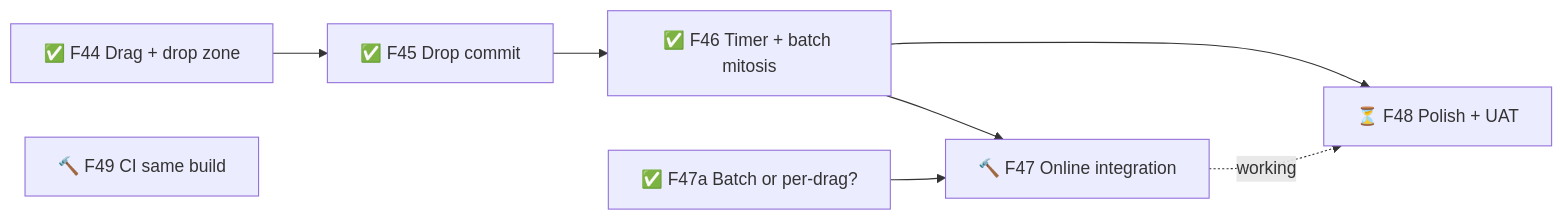
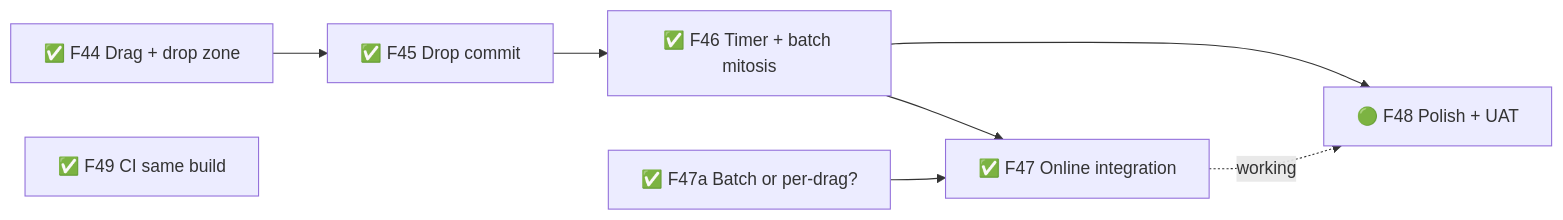
One commit to TheBlueMuzzy/roll-better changed the diagram in .planning/ROADMAP.md. Above: the diagram before and after it, drawn with Mermaid. The commit also changed other lines of this file and 14 other files, not shown here.

First line of the commit message:
Housekeeping: GDD + TDD on BMUZ-2 templates, VISION into roadmap, F47 approved

````diff
--- a/.planning/ROADMAP.md
+++ b/.planning/ROADMAP.md
@@ -30,10 +24,10 @@
 ```mermaid
 flowchart LR
   F44[✅ F44 Drag + drop zone] --> F45[✅ F45 Drop commit]
   F45 --> F46[✅ F46 Timer + batch mitosis]
-  F46 --> F47[🔨 F47 Online integration]
+  F46 --> F47[✅ F47 Online integration]
   F47a[✅ F47a Batch or per-drag?] --> F47
-  F46 --> F48[⏳ F48 Polish + UAT]
+  F46 --> F48[🟢 F48 Polish + UAT]
   F47 -.working.-> F48
-  F49[🔨 F49 CI same build]
+  F49[✅ F49 CI same build]
 ```
````
